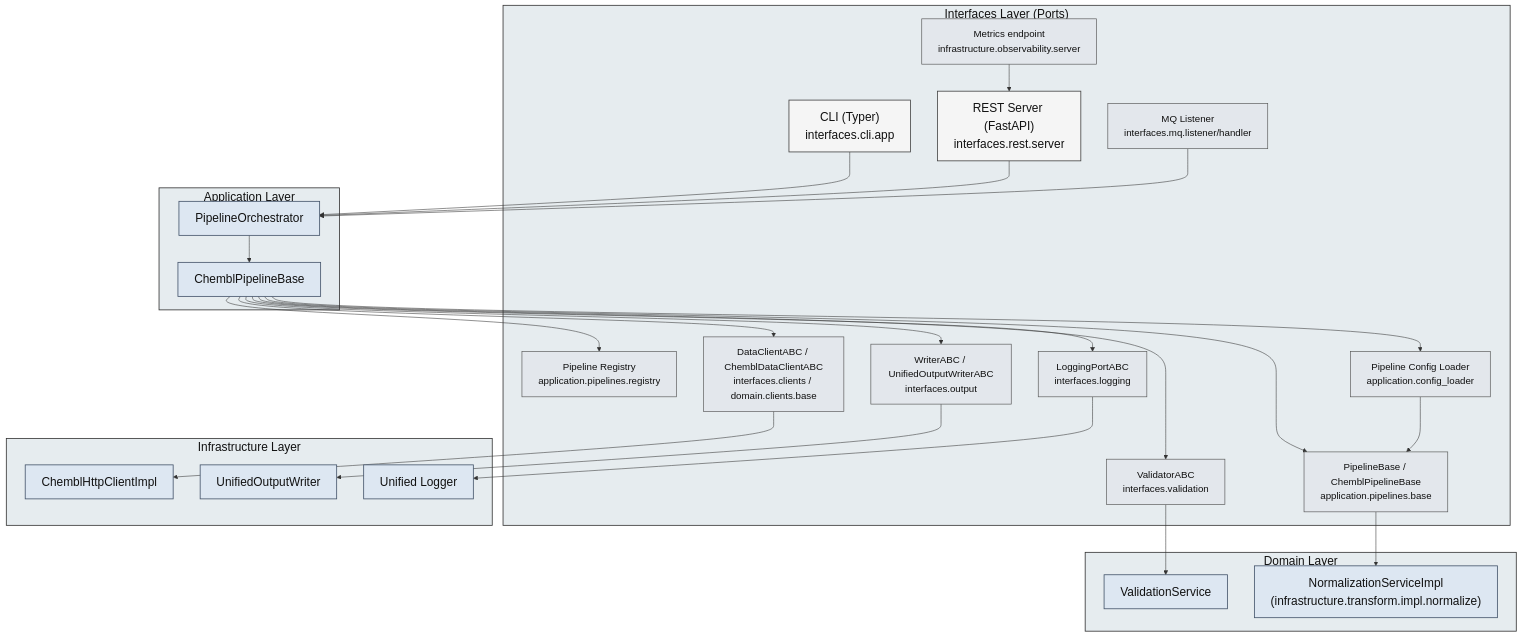
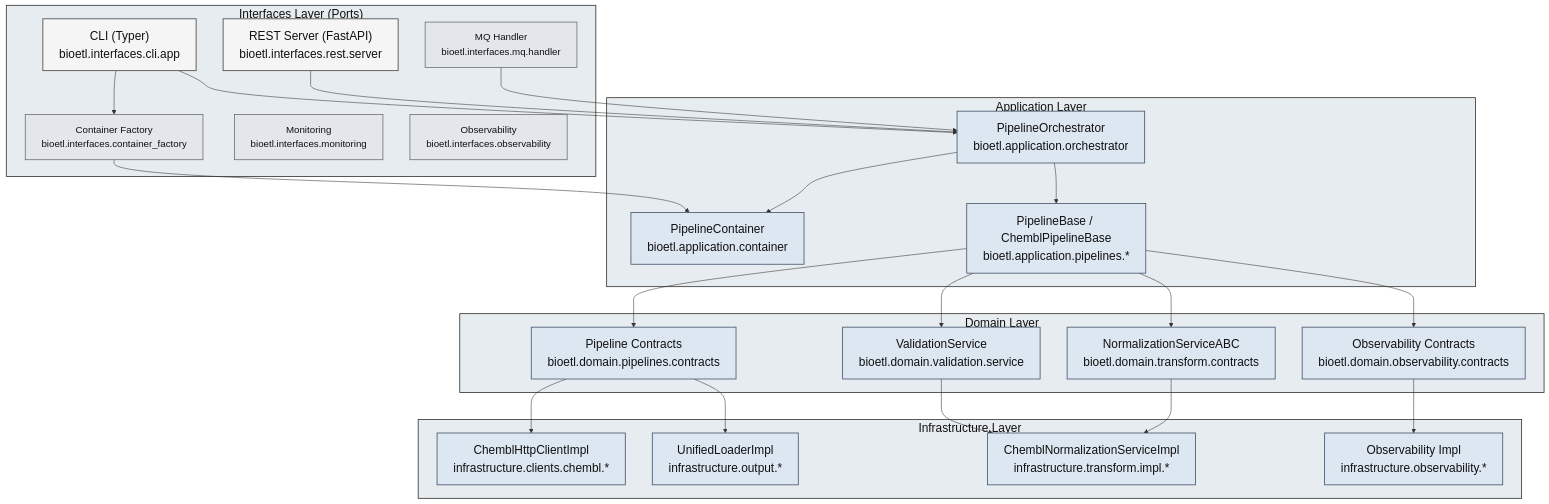
Before and after one commit to SatoryKono/BioactivityDataAcquisition: the diagram in docs/architecture/diagrams/component/04-interfaces-components.mmd, drawn with Mermaid. The commit also changed 4 other files, not shown here.

```diff
--- a/docs/architecture/diagrams/component/04-interfaces-components.mmd
+++ b/docs/architecture/diagrams/component/04-interfaces-components.mmd
@@ -1,63 +1,59 @@
 ---
 id: 6c47be5a-03c8-4c4b-9294-6d7b1f6c2b4c
 ---
 flowchart TB
 
 classDef componentPrimary   fill:#f5f5f5,stroke:#444,stroke-width:1.5px,color:#111,font-size:22px
 classDef componentSecondary fill:#e3e7ec,stroke:#555,stroke-width:1.2px,color:#111,font-size:18px
 classDef external           fill:#dde7f2,stroke:#44546a,stroke-width:1.5px,color:#111,font-size:22px
 classDef group              fill:#e6ecef,stroke:#333,stroke-width:1.5px,color:#111,font-size:22px
 
 subgraph Interfaces["Interfaces Layer (Ports)"]
-    CLI["CLI (Typer)\ninterfaces.cli.app"]:::componentPrimary
-    REST["REST Server (FastAPI)\ninterfaces.rest.server"]:::componentPrimary
-    MQ["MQ Listener\ninterfaces.mq.listener/handler"]:::componentSecondary
-
-    PipelinePorts["PipelineBase / ChemblPipelineBase\napplication.pipelines.base"]:::componentSecondary
-    PipelineRegistry["Pipeline Registry\napplication.pipelines.registry"]:::componentSecondary
-    ConfigLoader["Pipeline Config Loader\napplication.config_loader"]:::componentSecondary
-    ClientPorts["DataClientABC / ChemblDataClientABC\ninterfaces.clients / domain.clients.base"]:::componentSecondary
-    WriterPorts["WriterABC / UnifiedOutputWriterABC\ninterfaces.output"]:::componentSecondary
-    ValidatorPorts["ValidatorABC\ninterfaces.validation"]:::componentSecondary
-    LoggerPorts["LoggingPortABC\ninterfaces.logging"]:::componentSecondary
-    MetricsPort["Metrics endpoint\ninfrastructure.observability.server"]:::componentSecondary
+    CLI["CLI (Typer)\nbioetl.interfaces.cli.app"]:::componentPrimary
+    ContainerFactory["Container Factory\nbioetl.interfaces.container_factory"]:::componentSecondary
+    REST["REST Server (FastAPI)\nbioetl.interfaces.rest.server"]:::componentPrimary
+    MQ["MQ Handler\nbioetl.interfaces.mq.handler"]:::componentSecondary
+    Monitoring["Monitoring\nbioetl.interfaces.monitoring"]:::componentSecondary
+    Observability["Observability\nbioetl.interfaces.observability"]:::componentSecondary
 end
 class Interfaces group
 
 subgraph Application["Application Layer"]
-    Orchestrator["PipelineOrchestrator"]:::external
-    Pipelines["ChemblPipelineBase"]:::external
+    Orchestrator["PipelineOrchestrator\nbioetl.application.orchestrator"]:::external
+    Container["PipelineContainer\nbioetl.application.container"]:::external
+    Pipelines["PipelineBase / ChemblPipelineBase\nbioetl.application.pipelines.*"]:::external
 end
 class Application group;
 
 subgraph Domain["Domain Layer"]
-    Validation["ValidationService"]:::external
-    Normalization["NormalizationServiceImpl\n(infrastructure.transform.impl.normalize)"]:::external
+    Validation["ValidationService\nbioetl.domain.validation.service"]:::external
+    Normalization["NormalizationServiceABC\nbioetl.domain.transform.contracts"]:::external
+    PipelineContracts["Pipeline Contracts\nbioetl.domain.pipelines.contracts"]:::external
+    ObservabilityContracts["Observability Contracts\nbioetl.domain.observability.contracts"]:::external
 end
 class Domain group;
 
 subgraph Infrastructure["Infrastructure Layer"]
-    Clients["ChemblHttpClientImpl"]:::external
-    Output["UnifiedOutputWriter"]:::external
-    Logging["Unified Logger"]:::external
+    Clients["ChemblHttpClientImpl\ninfrastructure.clients.chembl.*"]:::external
+    Output["UnifiedLoaderImpl\ninfrastructure.output.*"]:::external
+    NormalizationImpl["ChemblNormalizationServiceImpl\ninfrastructure.transform.impl.*"]:::external
+    ObservabilityImpl["Observability Impl\ninfrastructure.observability.*"]:::external
 end
 class Infrastructure group;
 
+CLI --> ContainerFactory
 CLI --> Orchestrator
 REST --> Orchestrator
 MQ --> Orchestrator
-MetricsPort --> REST
+ContainerFactory --> Container
+Orchestrator --> Container
 Orchestrator --> Pipelines
-Pipelines --> PipelinePorts
-Pipelines --> PipelineRegistry
-Pipelines --> ConfigLoader
-Pipelines --> ClientPorts
-Pipelines --> WriterPorts
-Pipelines --> ValidatorPorts
-Pipelines --> LoggerPorts
-ClientPorts --> Clients
-WriterPorts --> Output
-ValidatorPorts --> Validation
-PipelinePorts --> Normalization
-LoggerPorts --> Logging
-ConfigLoader --> PipelinePorts
+Pipelines --> PipelineContracts
+Pipelines --> Validation
+Pipelines --> Normalization
+Pipelines --> ObservabilityContracts
+Validation --> NormalizationImpl
+Normalization --> NormalizationImpl
+ObservabilityContracts --> ObservabilityImpl
+PipelineContracts --> Clients
+PipelineContracts --> Output
```
